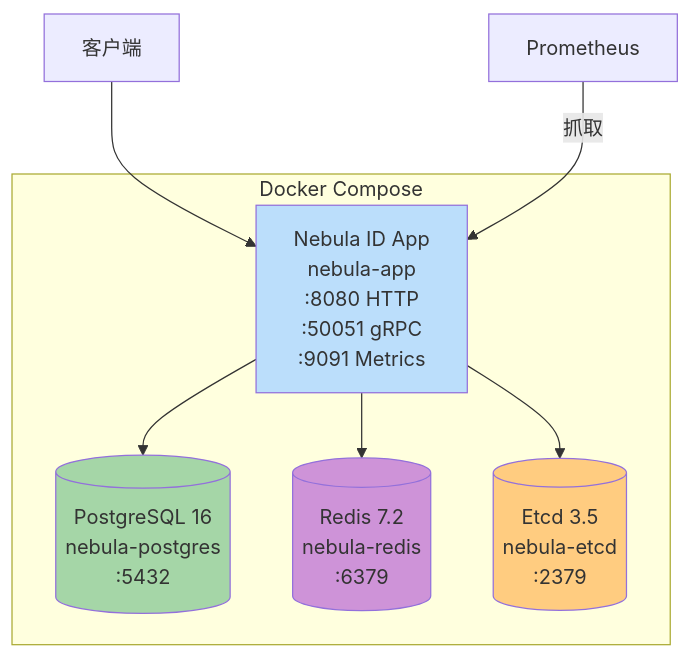
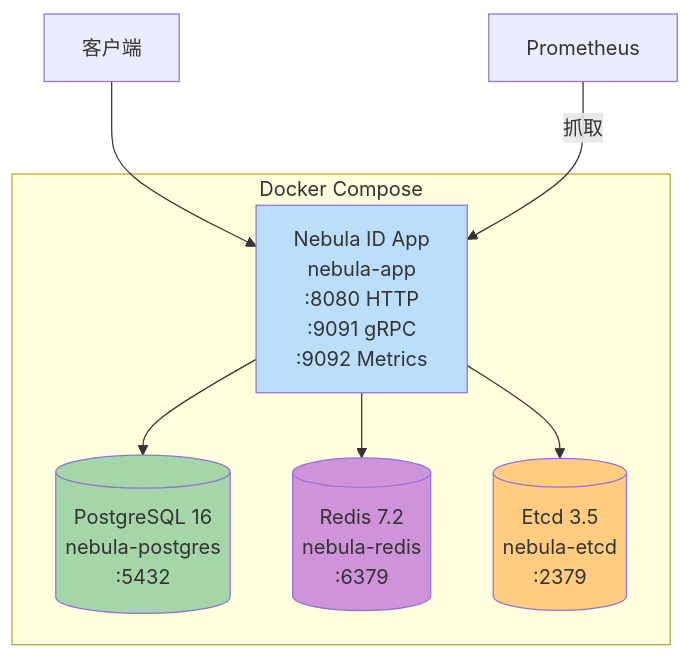
Before and after one commit to Kirky-X/NebulaId: the diagram in docs/DEPLOYMENT.md, drawn with Mermaid. The commit also changed other lines of this file and 13 other files, not shown here.

````diff
--- a/docs/DEPLOYMENT.md
+++ b/docs/DEPLOYMENT.md
@@ -7,21 +7,21 @@
 ```mermaid
 graph TB
     subgraph Docker Compose
-        App[Nebula ID App<br/>nebula-app<br/>:8080 HTTP<br/>:50051 gRPC<br/>:9091 Metrics]
+        App[Nebula ID App<br/>nebula-app<br/>:8080 HTTP<br/>:9091 gRPC<br/>:9092 Metrics]
         PG[(PostgreSQL 16<br/>nebula-postgres<br/>:5432)]
         Redis[(Redis 7.2<br/>nebula-redis<br/>:6379)]
         Etcd[(Etcd 3.5<br/>nebula-etcd<br/>:2379)]
     end
 
     Client[客户端] --> App
     App --> PG
     App --> Redis
     App --> Etcd
 
     Prom[Prometheus] -->|抓取| App
 
     style App fill:#bbdefb
     style PG fill:#a5d6a7
     style Redis fill:#ce93d8
     style Etcd fill:#ffcc80
 ```
````
